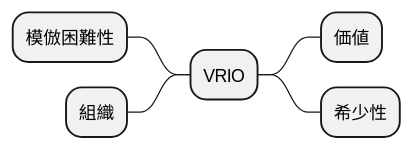
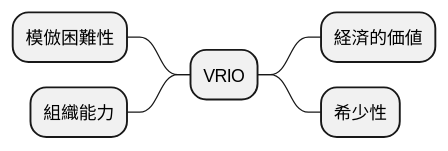
The fourth of 16 diagrams in docs/case/r0X_case_X.adoc (k2works/case-sutudy-business-analysis), drawn with PlantUML before and after one commit. The commit also changed 3 other files, not shown here.

```diff
--- a/docs/case/r0X_case_X.adoc
+++ b/docs/case/r0X_case_X.adoc
@@ -83,13 +83,13 @@
 [plantuml]
 ----
 @startmindmap
 
 * VRIO
-** 価値
+** 経済的価値
 ** 希少性
 left side
 ** 模倣困難性
-** 組織
+** 組織能力
 
 @endmindmap
 ----
```
